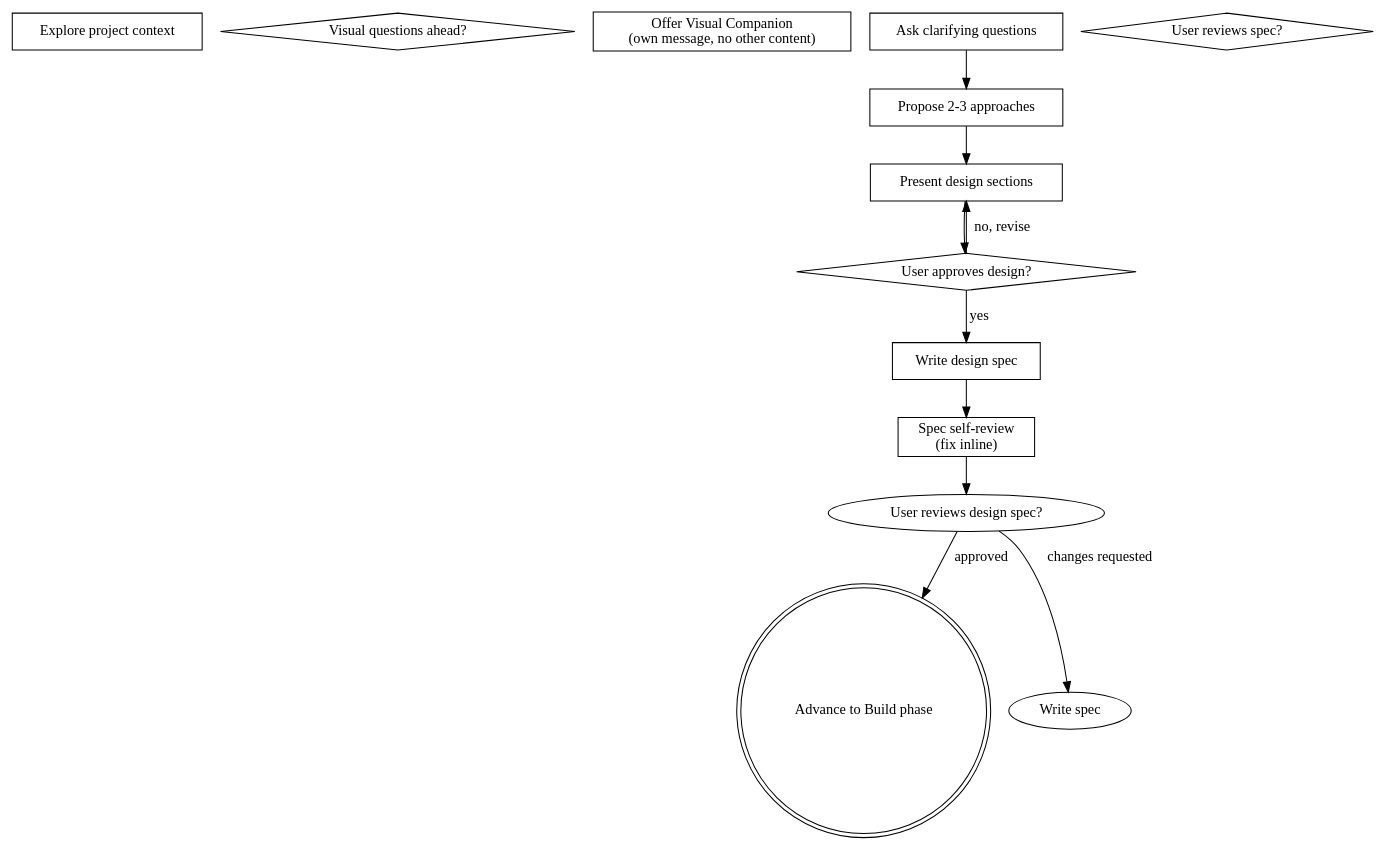
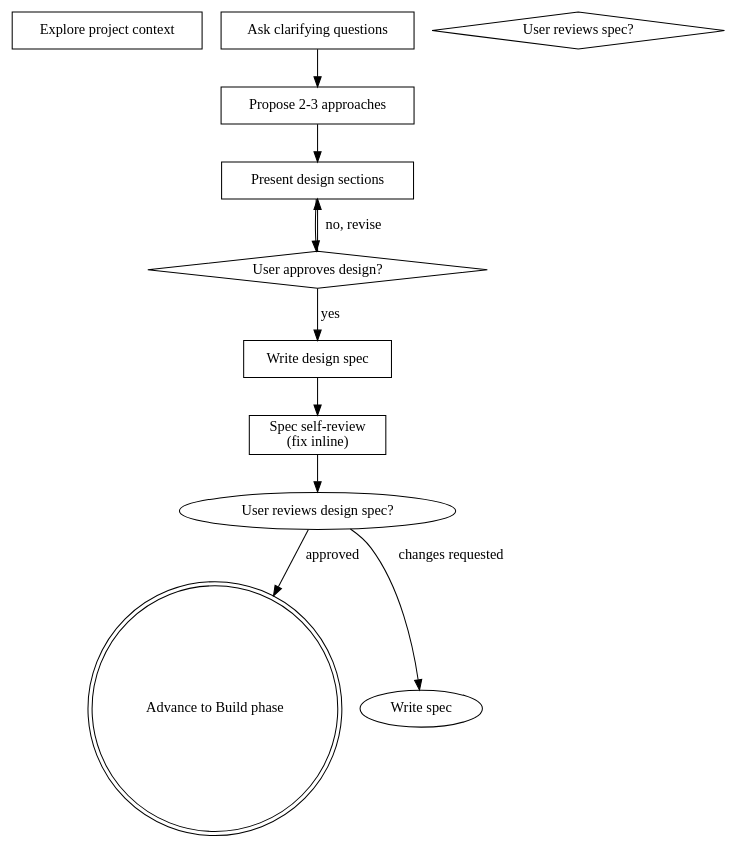
The diagram in plan-build-verify/references/plan.md (gannonh/skills), drawn with Graphviz before and after one commit. The commit also changed other lines of this file, not shown here.

````diff
--- a/plan-build-verify/references/plan.md
+++ b/plan-build-verify/references/plan.md
@@ -29,25 +28,23 @@
 ```dot
 digraph brainstorming {
     "Explore project context" [shape=box];
-    "Visual questions ahead?" [shape=diamond];
-    "Offer Visual Companion\n(own message, no other content)" [shape=box];
     "Ask clarifying questions" [shape=box];
     "Propose 2-3 approaches" [shape=box];
     "Present design sections" [shape=box];
     "User approves design?" [shape=diamond];
     "Write design spec" [shape=box];
     "Spec self-review\n(fix inline)" [shape=box];
     "User reviews spec?" [shape=diamond];
     "Advance to Build phase" [shape=doublecircle];
 
     "Ask clarifying questions" -> "Propose 2-3 approaches";
     "Propose 2-3 approaches" -> "Present design sections";
     "Present design sections" -> "User approves design?";
     "User approves design?" -> "Present design sections" [label="no, revise"];
     "User approves design?" -> "Write design spec" [label="yes"];
     "Write design spec" -> "Spec self-review\n(fix inline)";
     "Spec self-review\n(fix inline)" -> "User reviews design spec?";
     "User reviews design spec?" -> "Write spec" [label="changes requested"];
     "User reviews design spec?" -> "Advance to Build phase" [label="approved"];
 }
 ```
````
